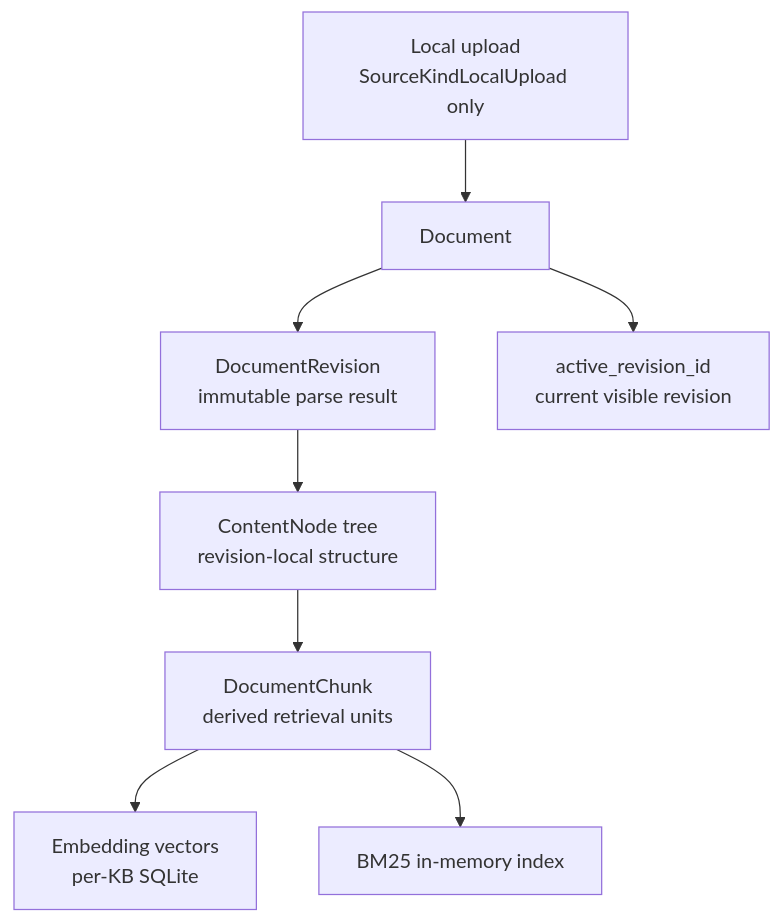
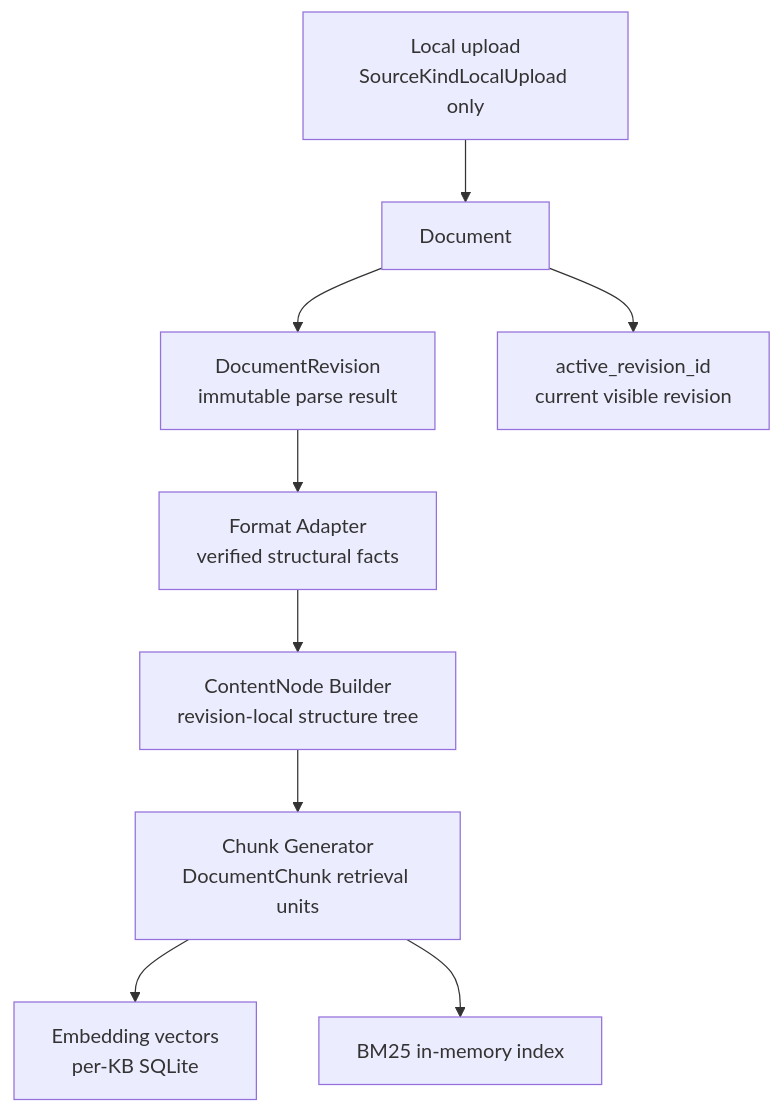
One commit to KoanJan/qingqiu-world changed the second of 8 diagrams in doc/engineering_implements/rag-architecture.md. Above: the diagram before and after it, drawn with Mermaid. The commit also changed other lines of this file and 27 other files, not shown here.

````diff
--- a/doc/engineering_implements/rag-architecture.md
+++ b/doc/engineering_implements/rag-architecture.md
@@ -132,10 +132,11 @@
 ```mermaid
 graph TD
     Upload["Local upload<br/>SourceKindLocalUpload only"] --> Document["Document"]
     Document --> Revision["DocumentRevision<br/>immutable parse result"]
-    Revision --> Nodes["ContentNode tree<br/>revision-local structure"]
-    Nodes --> Chunks["DocumentChunk<br/>derived retrieval units"]
+    Revision --> Adapter["Format Adapter<br/>verified structural facts"]
+    Adapter --> Nodes["ContentNode Builder<br/>revision-local structure tree"]
+    Nodes --> Chunks["Chunk Generator<br/>DocumentChunk retrieval units"]
     Chunks --> Vector["Embedding vectors<br/>per-KB SQLite"]
     Chunks --> BM25["BM25 in-memory index"]
     Document --> Active["active_revision_id<br/>current visible revision"]
 ```
````
